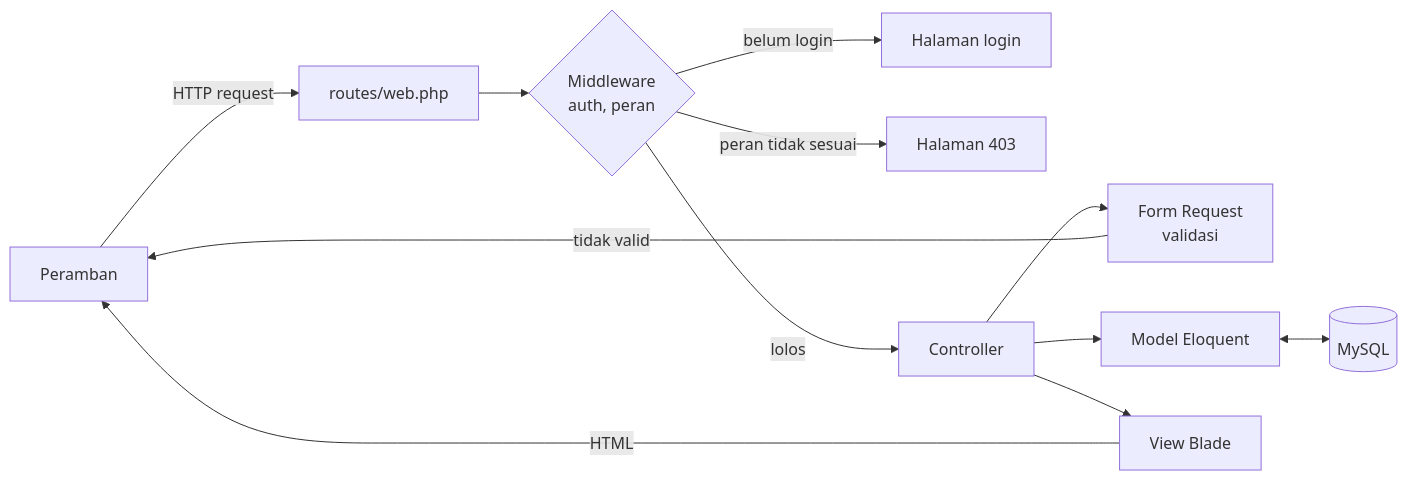
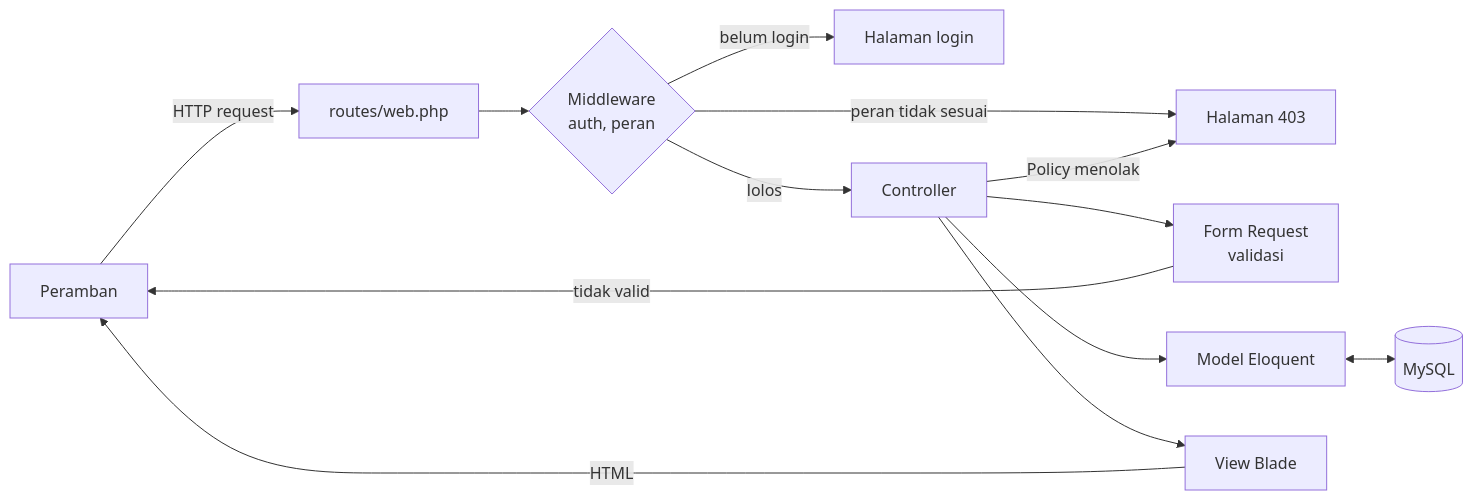
One commit to Arie04/simonev-cpl changed the diagram in docs/catatan-kode/00-gambaran-umum.md. Above: the diagram before and after it, drawn with Mermaid. The commit also changed other lines of this file and 3 other files, not shown here.

````diff
--- a/docs/catatan-kode/00-gambaran-umum.md
+++ b/docs/catatan-kode/00-gambaran-umum.md
@@ -10,14 +10,15 @@
 ```mermaid
 flowchart LR
     A[Peramban] -->|HTTP request| B[routes/web.php]
     B --> C{Middleware<br/>auth, peran}
     C -->|belum login| L[Halaman login]
     C -->|peran tidak sesuai| E[Halaman 403]
     C -->|lolos| D[Controller]
+    D -->|Policy menolak| E
     D --> F[Form Request<br/>validasi]
     F -->|tidak valid| A
     D --> G[Model Eloquent]
     G <--> H[(MySQL)]
     D --> I[View Blade]
     I -->|HTML| A
 ```
````
